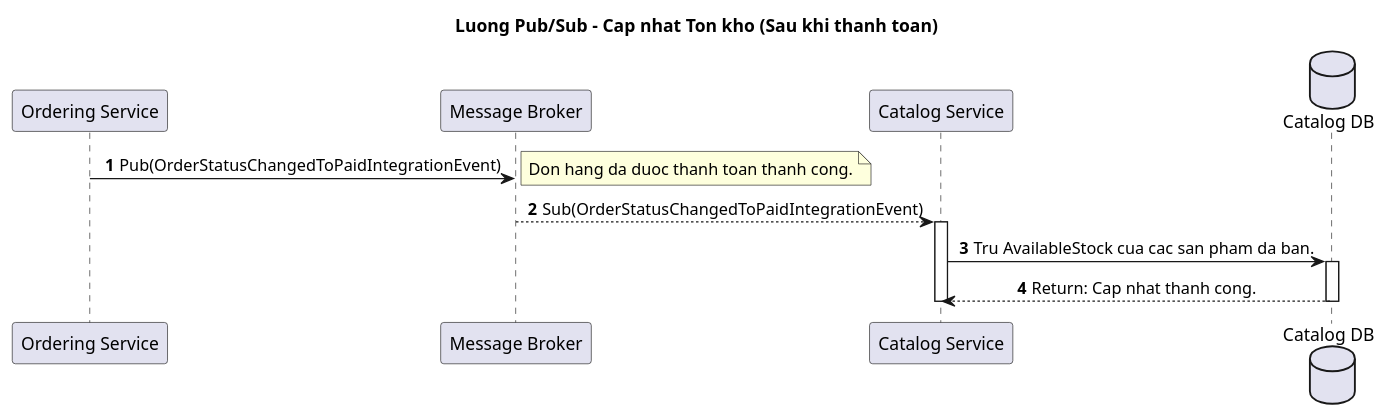
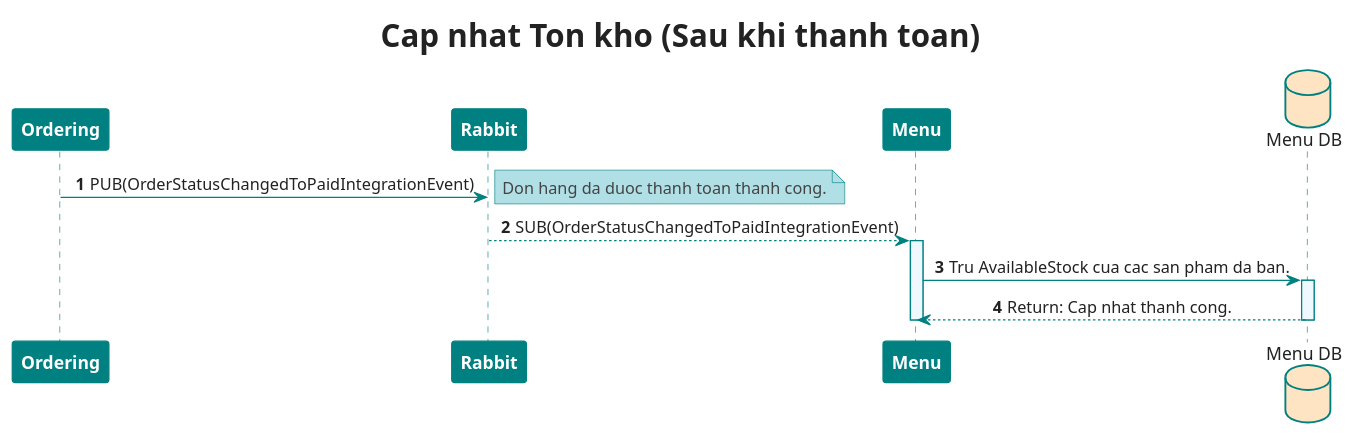
The diagram in Backend/SEQ/Menu/menu2.puml (MinhTrinh04/Beef-Restaurant), drawn with PlantUML before and after one commit. The commit also changed 9 other files, not shown here.

Commit message:
Refactor + fix seq diagram

```diff
--- a/Backend/SEQ/Menu/menu2.puml
+++ b/Backend/SEQ/Menu/menu2.puml
@@ -1,34 +1,67 @@
 @startuml
-title Luong Pub/Sub - Cap nhat Ton kho (Sau khi thanh toan)
+'https://plantuml.com/sequence-diagram
+skinparam shadowing false
+skinparam responseMessageBelowArrow false
+skinparam DefaultFontColor #222
+skinparam TitleFontSize 25
+skinparam NoteBorderColor #teal
+skinparam NoteBackgroundColor #powderblue
+skinparam NoteFontColor 444
+skinparam DatabaseBorderColor #teal
+skinparam DatabaseBackgroundColor #bisque
+skinparam sequence {
+ParticipantBorderThickness 1
+ParticipantBorderColor #teal
+ParticipantBackgroundColor #teal
+ParticipantFontColor #white
+ParticipantFontSize 14
+ParticipantFontStyle bold
+LifeLineBorderColor #teal
+LifeLineBackgroundColor #aliceblue
+ArrowColor #teal
+ActorBorderColor #teal
+GroupBorderThickness 1
+GroupBorderColor #teal
+GroupHeaderFontColor #white
+GroupBackgroundColor #teal
+GroupFontColor #teal
+ReferenceBorderThickness 1
+ReferenceBorderColor #teal
+ReferenceBackgroundColor #aliceblue
+ReferenceHeaderBackgroundColor #white
+ReferenceFontColor #teal
+}
+autonumber
+title Cap nhat Ton kho (Sau khi thanh toan)
 
-participant "Ordering Service" as Ordering
-participant "Message Broker" as Broker
-participant "Catalog Service" as Catalog
-database "Catalog DB" as DB
+participant "Ordering" as Ordering
+participant "Rabbit" as Broker
+participant "Menu" as Menu
+database "Menu DB" as DB
 
 skinparam sequenceMessageAlign center
 skinparam participant {
     BackgroundColor LightBlue
     BorderColor Blue
 }
 skinparam database {
     BackgroundColor LightGreen
     BorderColor Green
 }
 
 autonumber
 
-Ordering -> Broker: Pub(OrderStatusChangedToPaidIntegrationEvent)
+Ordering -> Broker: PUB(OrderStatusChangedToPaidIntegrationEvent)
 note right: Don hang da duoc thanh toan thanh cong.
 
-Broker --> Catalog: Sub(OrderStatusChangedToPaidIntegrationEvent)
-activate Catalog
+Broker --> Menu: SUB(OrderStatusChangedToPaidIntegrationEvent)
+activate Menu
 
-Catalog -> DB: Tru AvailableStock cua cac san pham da ban.
+Menu -> DB: Tru AvailableStock cua cac san pham da ban.
 activate DB
-DB --> Catalog: Return: Cap nhat thanh cong.
+DB --> Menu: Return: Cap nhat thanh cong.
 deactivate DB
 
-deactivate Catalog
+deactivate Menu
 
 @enduml
```
